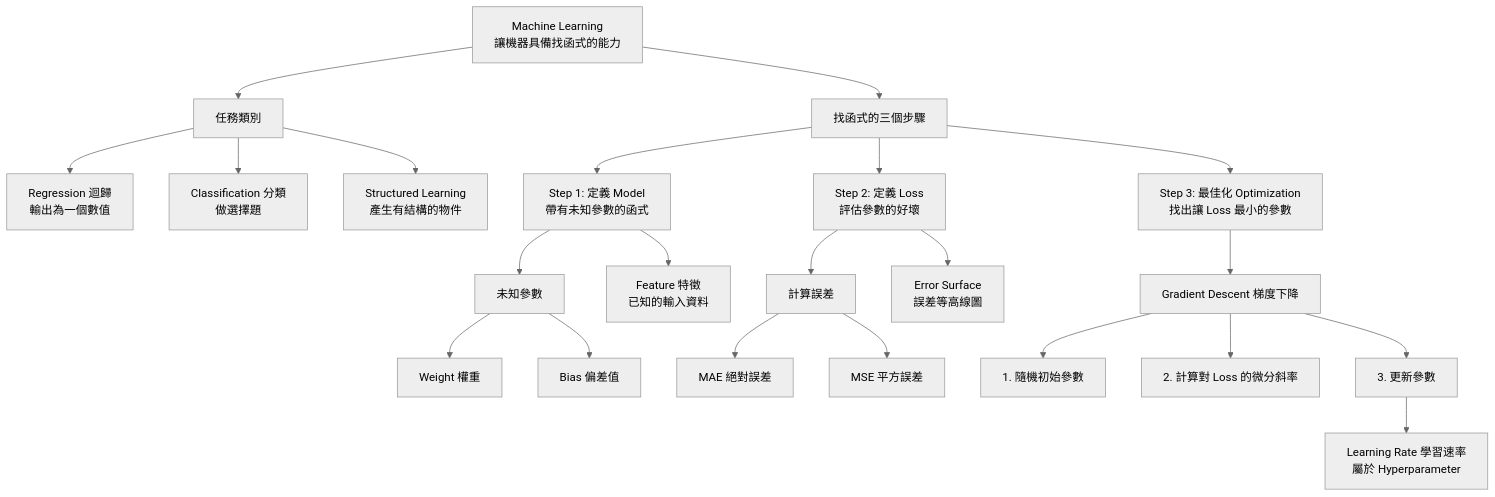
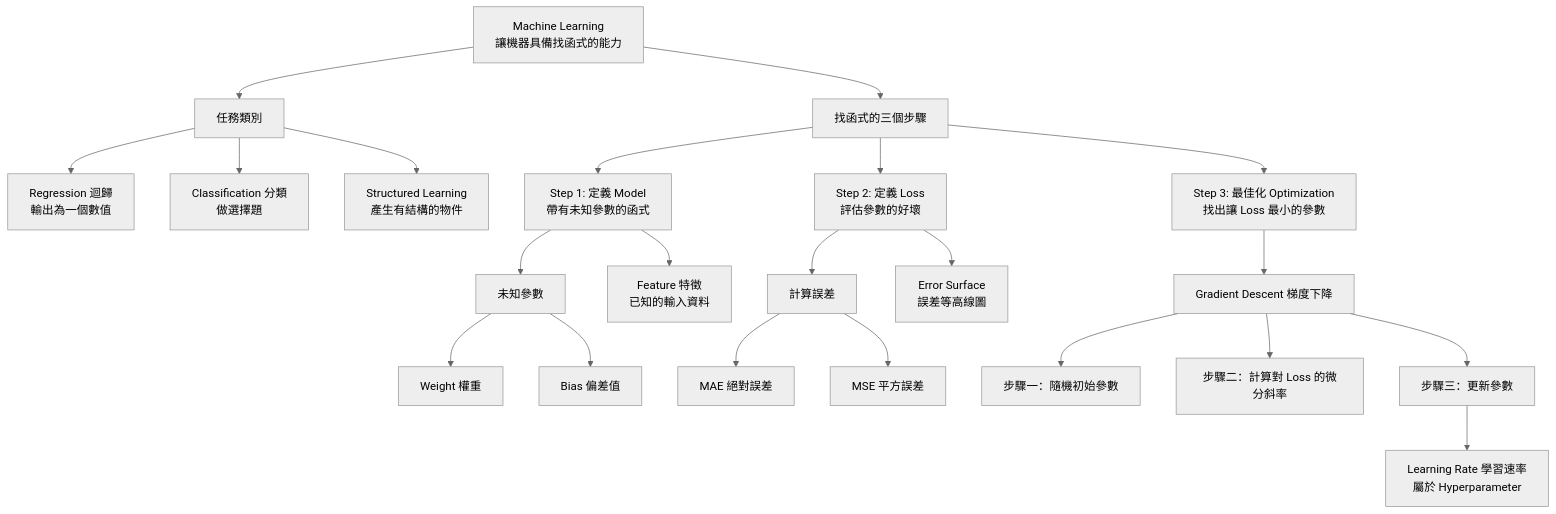
One commit to leo02311/ml2021-notes changed the diagram in content/ml2021_video1_notes.md. Above: the diagram before and after it, drawn with Mermaid (neutral theme).

Commit message:
Fix Mermaid list rendering error in video 1

````diff
--- a/content/ml2021_video1_notes.md
+++ b/content/ml2021_video1_notes.md
@@ -80,29 +80,29 @@
 ```mermaid
 graph TD
     ML[Machine Learning<br>讓機器具備找函式的能力] --> Tasks[任務類別]
     ML --> Steps[找函式的三個步驟]
 
     Tasks --> REG[Regression 迴歸<br>輸出為一個數值]
     Tasks --> CLS[Classification 分類<br>做選擇題]
     Tasks --> STR[Structured Learning<br>產生有結構的物件]
 
     Steps --> S1[Step 1: 定義 Model<br>帶有未知參數的函式]
     Steps --> S2[Step 2: 定義 Loss<br>評估參數的好壞]
     Steps --> S3[Step 3: 最佳化 Optimization<br>找出讓 Loss 最小的參數]
 
     S1 --> Param[未知參數]
     Param --> W[Weight 權重]
     Param --> B[Bias 偏差值]
     S1 --> Feat[Feature 特徵<br>已知的輸入資料]
 
     S2 --> Err[計算誤差]
     Err --> MAE[MAE 絕對誤差]
     Err --> MSE[MSE 平方誤差]
     S2 --> ES[Error Surface<br>誤差等高線圖]
 
     S3 --> GD[Gradient Descent 梯度下降]
-    GD --> Init[1. 隨機初始參數]
-    GD --> Diff[2. 計算對 Loss 的微分斜率]
-    GD --> Update[3. 更新參數]
+    GD --> Init[步驟一：隨機初始參數]
+    GD --> Diff[步驟二：計算對 Loss 的微分斜率]
+    GD --> Update[步驟三：更新參數]
     Update --> LR[Learning Rate 學習速率<br>屬於 Hyperparameter]
 ```
````
